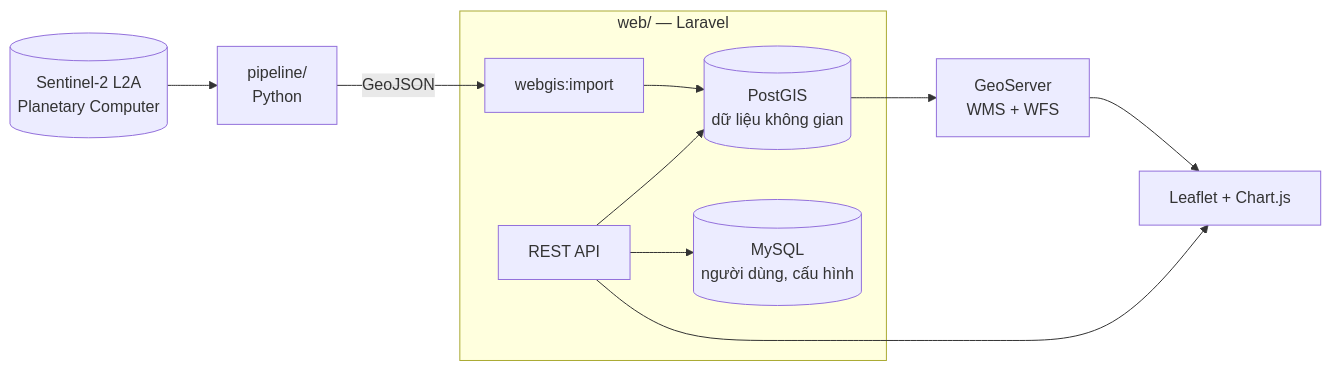
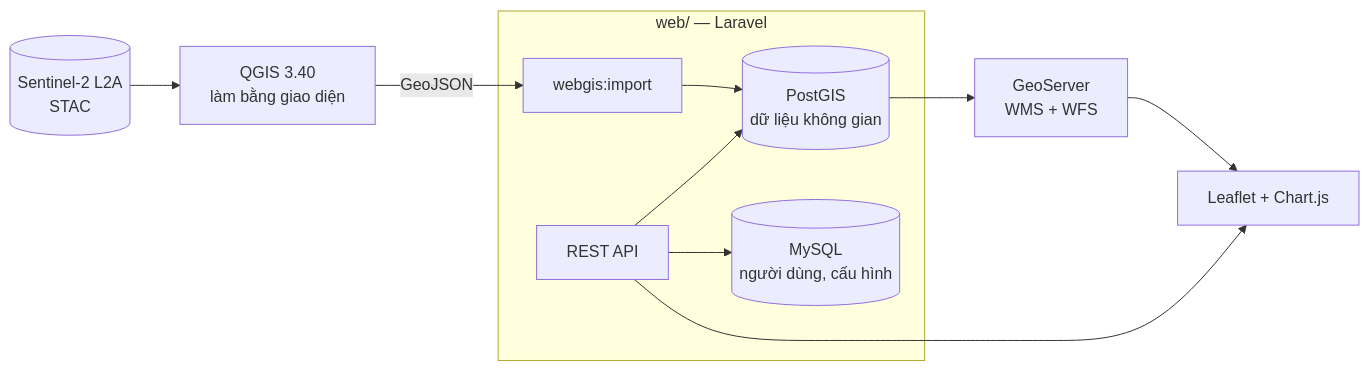
One commit to nvs15122k4/web-gis changed the diagram in README.md. Above: the diagram before and after it, drawn with Mermaid. The commit also changed other lines of this file, not shown here.

Commit message:
docs: cập nhật README theo dữ liệu dựng bằng QGIS (270 transect, 1 hotspot), nêu bản Python là bản đối chiếu

````diff
--- a/README.md
+++ b/README.md
@@ -111,13 +111,13 @@
 ```mermaid
 flowchart LR
-    S2[(Sentinel-2 L2A<br/>Planetary Computer)] --> P[pipeline/<br/>Python]
+    S2[(Sentinel-2 L2A<br/>STAC)] --> P[QGIS 3.40<br/>làm bằng giao diện]
     P -->|GeoJSON| I[webgis:import]
     subgraph web/ [web/ — Laravel]
         I --> PG[(PostGIS<br/>dữ liệu không gian)]
         API[REST API] --> PG
         API --> MY[(MySQL<br/>người dùng, cấu hình)]
     end
     PG --> GS[GeoServer<br/>WMS + WFS]
     GS --> UI[Leaflet + Chart.js]
     API --> UI
 ```
````
